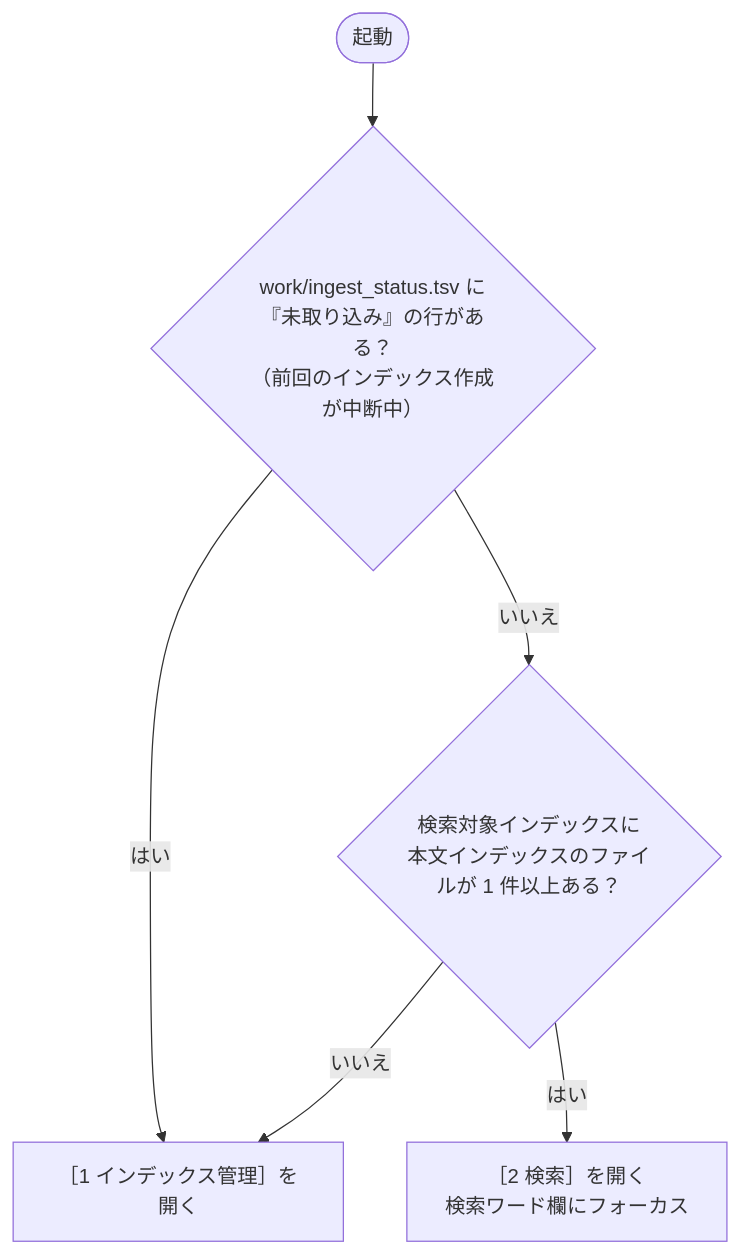
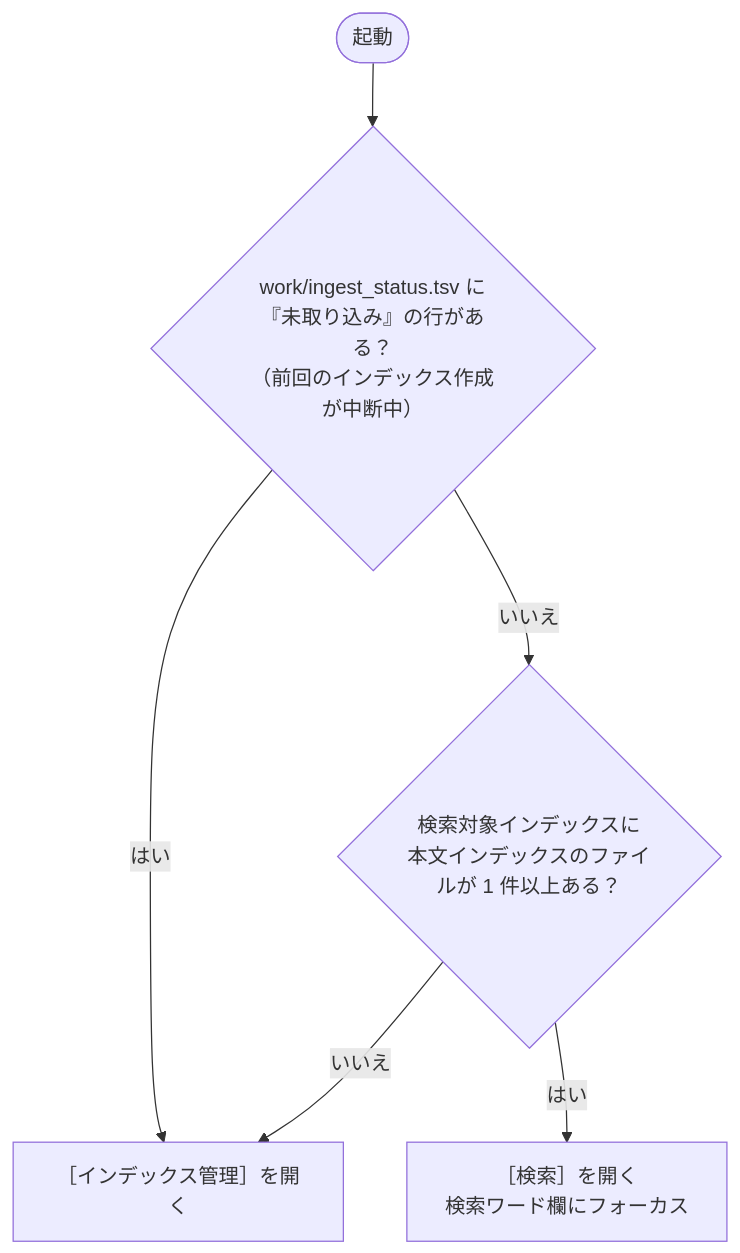
Before and after one commit to hsgwa/tebunko: the second of 2 diagrams in docs/design/gui/index.md, drawn with Mermaid. The commit also changed other lines of this file and 77 other files, not shown here.

````diff
--- a/docs/design/gui/index.md
+++ b/docs/design/gui/index.md
@@ -108,8 +108,8 @@
 ```mermaid
 flowchart TD
     S(["起動"]) --> A{"work/ingest_status.tsv に『未取り込み』の行がある？<br>（前回のインデックス作成が中断中）"}
-    A -- はい --> T1["［1 インデックス管理］を開く"]
+    A -- はい --> T1["［インデックス管理］を開く"]
     A -- いいえ --> B{"検索対象インデックスに<br>本文インデックスのファイルが 1 件以上ある？"}
     B -- いいえ --> T1
-    B -- はい --> T2["［2 検索］を開く<br>検索ワード欄にフォーカス"]
+    B -- はい --> T2["［検索］を開く<br>検索ワード欄にフォーカス"]
 ```
````
